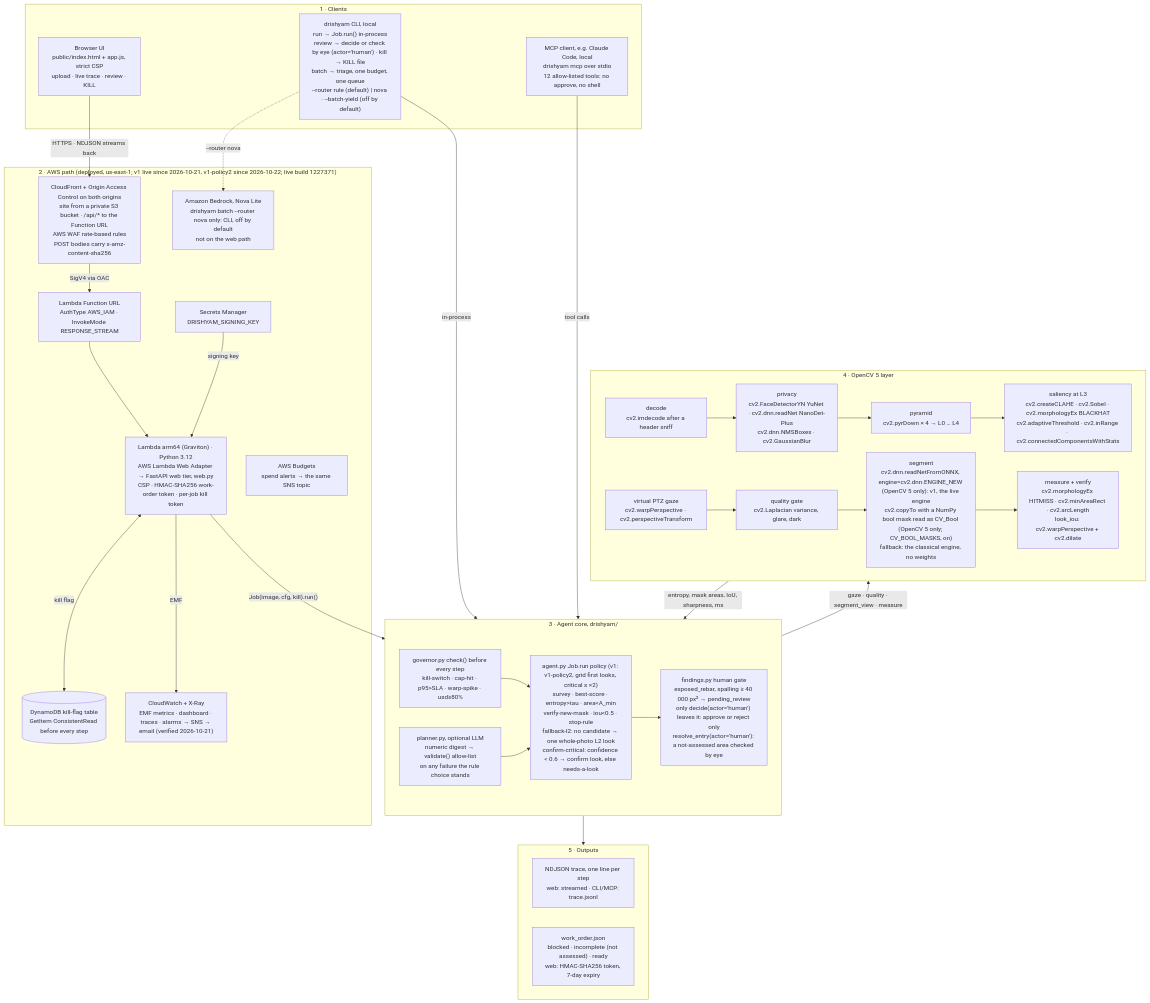
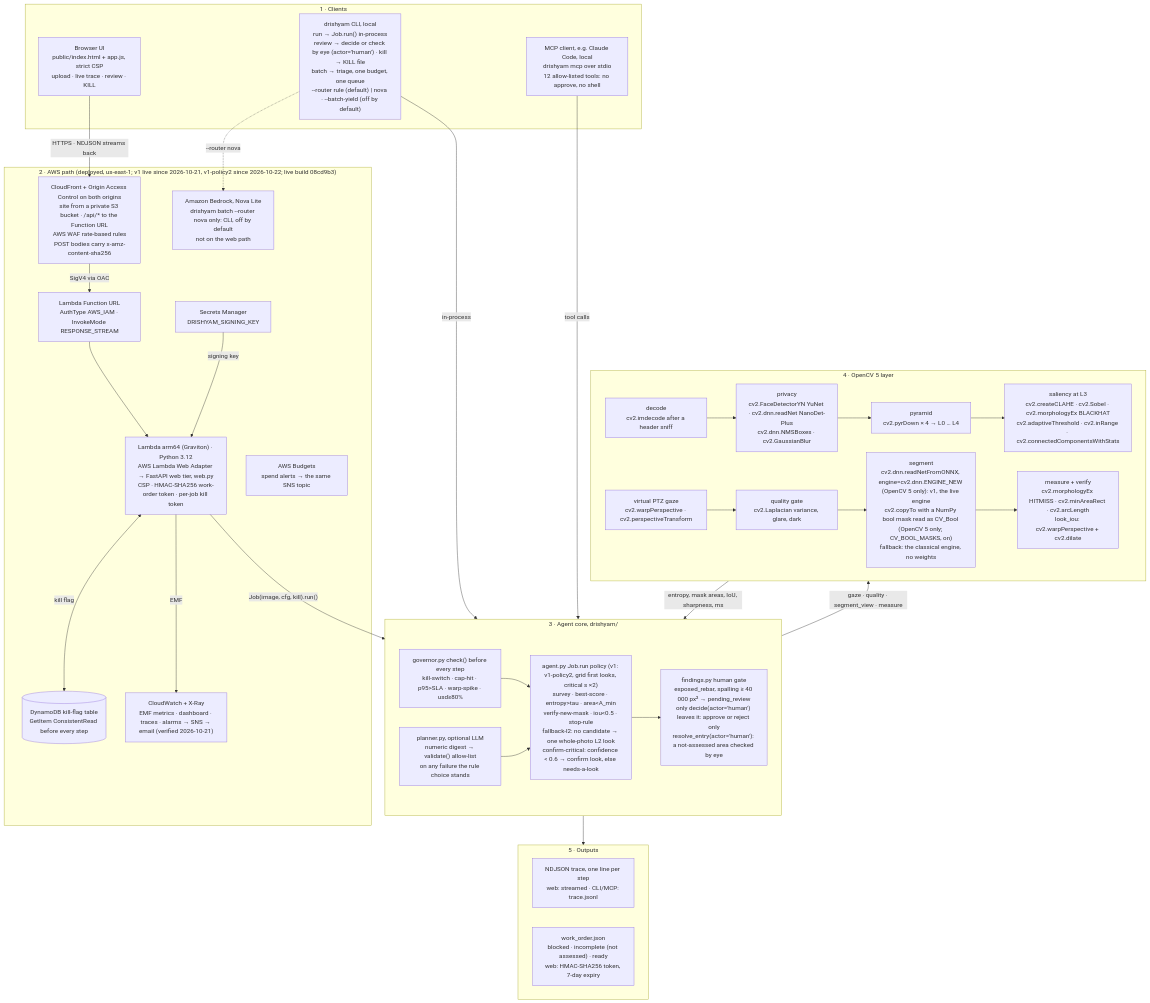
Before and after one commit to vj-io/drishyam: the diagram in docs/architecture.mmd, drawn with Mermaid. The commit also changed 7 other files, not shown here.

First line of the commit message:
docs: record the 08cd9b3 deploy (1.1.3), the live build everywhere it is named

```diff
--- a/docs/architecture.mmd
+++ b/docs/architecture.mmd
@@ -1,62 +1,62 @@
 %% Drishyam system architecture: the same content as docs/architecture.svg.
 %% cv2 names are the calls made in drishyam/imaging.py, privacy.py, segment.py, measure.py and agent.py.
-%% REV 1.1.1 (2026-10-22), the code of the live build 1227371.
+%% REV 1.1.1 (2026-10-22), the code of the live build 08cd9b3.
 flowchart TB
     subgraph CLIENTS["1 · Clients"]
         UI["Browser UI<br/>public/index.html + app.js, strict CSP<br/>upload · live trace · review · KILL"]
         CLI["drishyam CLI, local<br/>run → Job.run() in-process<br/>review → decide or check by eye (actor='human') · kill → KILL file<br/>batch → triage, one budget, one queue<br/>--router rule (default) | nova · --batch-yield (off by default)"]
         MCPC["MCP client, e.g. Claude Code, local<br/>drishyam mcp over stdio<br/>12 allow-listed tools: no approve, no shell"]
     end
 
-    subgraph AWS["2 · AWS path (deployed, us-east-1; v1 live since 2026-10-21, v1-policy2 since 2026-10-22; live build 1227371)"]
+    subgraph AWS["2 · AWS path (deployed, us-east-1; v1 live since 2026-10-21, v1-policy2 since 2026-10-22; live build 08cd9b3)"]
         CF["CloudFront + Origin Access Control on both origins<br/>site from a private S3 bucket · /api/* to the Function URL<br/>AWS WAF rate-based rules<br/>POST bodies carry x-amz-content-sha256"]
         FURL["Lambda Function URL<br/>AuthType AWS_IAM · InvokeMode RESPONSE_STREAM"]
         LAMBDA["Lambda arm64 (Graviton) · Python 3.12<br/>AWS Lambda Web Adapter → FastAPI web tier, web.py<br/>CSP · HMAC-SHA256 work-order token · per-job kill token"]
         DDB[("DynamoDB kill-flag table<br/>GetItem ConsistentRead before every step")]
         SM["Secrets Manager<br/>DRISHYAM_SIGNING_KEY"]
         CW["CloudWatch + X-Ray<br/>EMF metrics · dashboard · traces · alarms → SNS → email (verified 2026-10-21)"]
         BUD["AWS Budgets<br/>spend alerts → the same SNS topic"]
         BR["Amazon Bedrock, Nova Lite<br/>drishyam batch --router nova only: CLI, off by default<br/>not on the web path"]
     end
 
     subgraph CORE["3 · Agent core, drishyam/"]
         POLICY["agent.py Job.run policy (v1: v1-policy2, grid first looks, critical s ×2)<br/>survey · best-score · entropy#gt;tau · area#lt;A_min<br/>verify-new-mask · iou#lt;0.5 · stop-rule<br/>fallback-l2: no candidate → one whole-photo L2 look<br/>confirm-critical: confidence #lt; 0.6 → confirm look, else needs-a-look"]
         GOV["governor.py check() before every step<br/>kill-switch · cap-hit · p95#gt;SLA · warp-spike · usd≥80%"]
         PLAN["planner.py, optional LLM<br/>numeric digest → validate() allow-list<br/>on any failure the rule choice stands"]
         GATE["findings.py human gate<br/>exposed_rebar, spalling ≥ 40 000 px² → pending_review<br/>only decide(actor='human') leaves it: approve or reject only<br/>resolve_entry(actor='human'): a not-assessed area checked by eye"]
         GOV --> POLICY
         PLAN --> POLICY
         POLICY --> GATE
     end
 
     subgraph CV["4 · OpenCV 5 layer"]
         DEC["decode<br/>cv2.imdecode after a header sniff"]
         PRIV["privacy<br/>cv2.FaceDetectorYN YuNet · cv2.dnn.readNet NanoDet-Plus<br/>cv2.dnn.NMSBoxes · cv2.GaussianBlur"]
         PYR["pyramid<br/>cv2.pyrDown × 4 → L0 … L4"]
         SAL["saliency at L3<br/>cv2.createCLAHE · cv2.Sobel · cv2.morphologyEx BLACKHAT<br/>cv2.adaptiveThreshold · cv2.inRange · cv2.connectedComponentsWithStats"]
         GAZE["virtual PTZ gaze<br/>cv2.warpPerspective · cv2.perspectiveTransform"]
         QG["quality gate<br/>cv2.Laplacian variance, glare, dark"]
         SEG["segment<br/>cv2.dnn.readNetFromONNX, engine=cv2.dnn.ENGINE_NEW (OpenCV 5 only): v1, the live engine<br/>cv2.copyTo with a NumPy bool mask read as CV_Bool (OpenCV 5 only; CV_BOOL_MASKS, on)<br/>fallback: the classical engine, no weights"]
         MEAS["measure + verify<br/>cv2.morphologyEx HITMISS · cv2.minAreaRect · cv2.arcLength<br/>look_iou: cv2.warpPerspective + cv2.dilate"]
         DEC --> PRIV --> PYR --> SAL
         GAZE --> QG --> SEG --> MEAS
     end
 
     subgraph OUT["5 · Outputs"]
         TRACE["NDJSON trace, one line per step<br/>web: streamed · CLI/MCP: trace.jsonl"]
         WO["work_order.json<br/>blocked · incomplete (not assessed) · ready<br/>web: HMAC-SHA256 token, 7-day expiry"]
     end
 
     UI -->|"HTTPS · NDJSON streams back"| CF
     CF -->|"SigV4 via OAC"| FURL --> LAMBDA
     LAMBDA <-->|"kill flag"| DDB
     SM -->|"signing key"| LAMBDA
     LAMBDA -->|"EMF"| CW
     BUD ~~~ CW
     CLI -.->|"--router nova"| BR
     LAMBDA -->|"Job(image, cfg, kill).run()"| CORE
     CLI -->|"in-process"| CORE
     MCPC -->|"tool calls"| CORE
     CORE -->|"gaze · quality · segment_view · measure"| CV
     CV -->|"entropy, mask areas, IoU, sharpness, ms"| CORE
     CORE --> OUT
```
